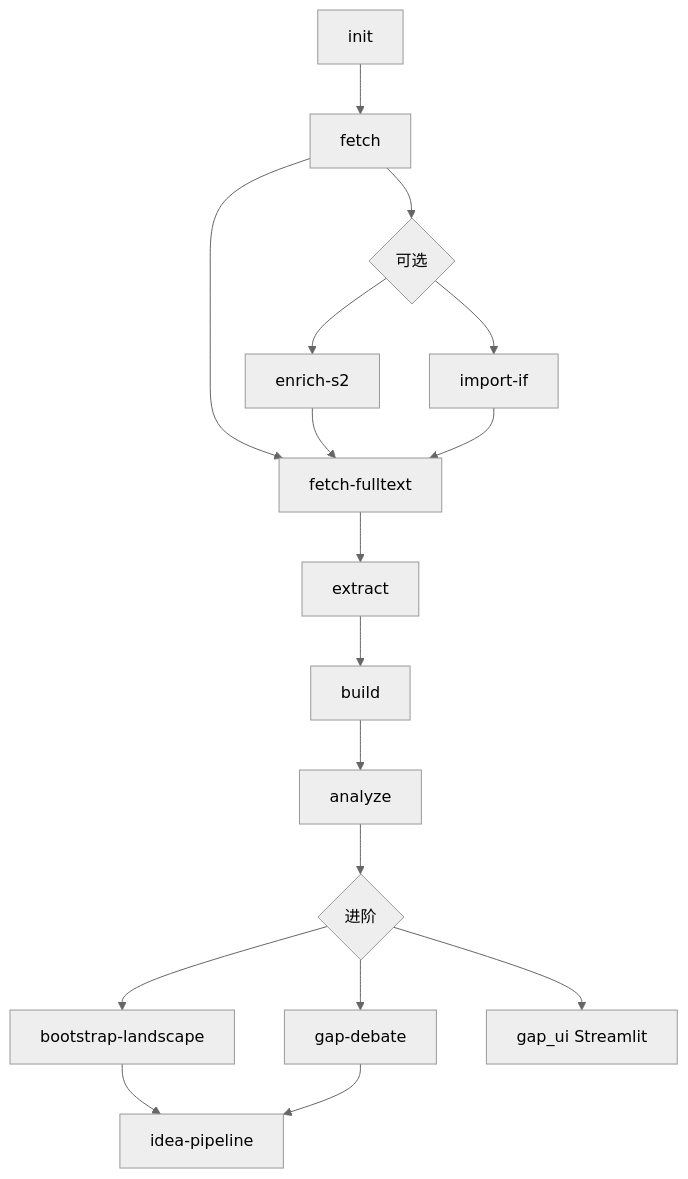
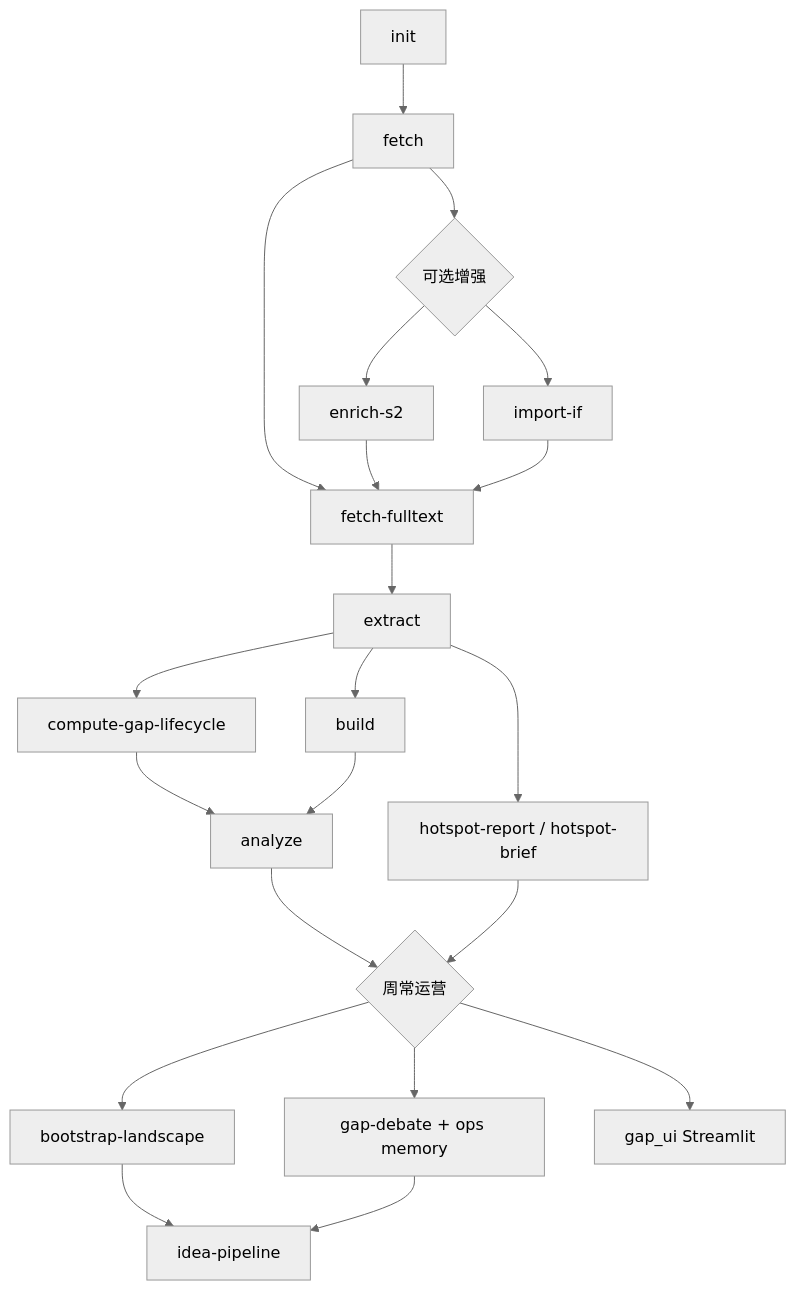
Before and after one commit to xbao001014/ai4science: the diagram in fulltext_workflow/PIPELINE.md, drawn with Mermaid (neutral theme). The commit also changed other lines of this file and 74 other files, not shown here.

````diff
--- a/fulltext_workflow/PIPELINE.md
+++ b/fulltext_workflow/PIPELINE.md
@@ -56,19 +69,23 @@
 ```mermaid
 flowchart TD
     A[init] --> B[fetch]
-    B --> C{可选}
+    B --> C{可选增强}
     C --> D[enrich-s2]
     C --> E[import-if]
     B --> F[fetch-fulltext]
     D --> F
     E --> F
     F --> G[extract]
-    G --> H[build]
-    H --> I[analyze]
-    I --> J{进阶}
-    J --> K[gap-debate]
-    J --> L[bootstrap-landscape]
-    L --> M[idea-pipeline]
-    K --> M
-    J --> N[gap_ui Streamlit]
+    G --> H[compute-gap-lifecycle]
+    G --> I[build]
+    H --> J[analyze]
+    I --> J
+    G --> K[hotspot-report / hotspot-brief]
+    J --> L{周常运营}
+    K --> L
+    L --> M[gap-debate + ops memory]
+    L --> N[bootstrap-landscape]
+    N --> O[idea-pipeline]
+    M --> O
+    L --> P[gap_ui Streamlit]
 ```
````
